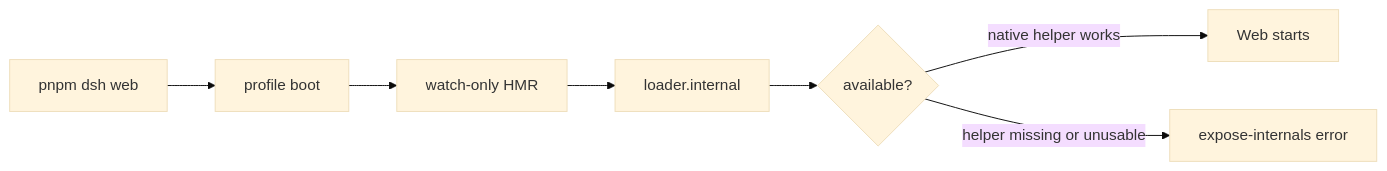
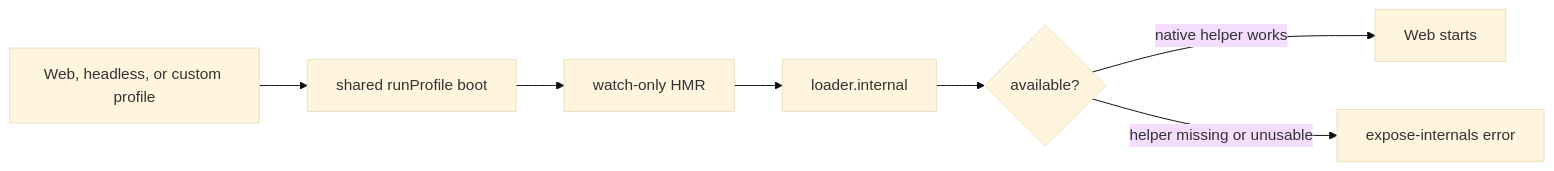
One commit to sandbaseai/deepseek-harness-handbook changed the diagram in docs/en/troubleshooting/hmr-expose-internals-source-checkout.md. Above: the diagram before and after it, drawn with Mermaid (base theme). The commit also changed other lines of this file and 8 other files, not shown here.

````diff
--- a/docs/en/troubleshooting/hmr-expose-internals-source-checkout.md
+++ b/docs/en/troubleshooting/hmr-expose-internals-source-checkout.md
@@ -46,9 +59,9 @@
 ```mermaid
 flowchart LR
-  S[pnpm dsh web] --> P[profile boot]
+  S[Web, headless, or custom profile] --> P[shared runProfile boot]
   P --> H[watch-only HMR]
   H --> L[loader.internal]
   L --> A{available?}
   A -->|native helper works| O[Web starts]
   A -->|helper missing or unusable| E[expose-internals error]
 ```
````
